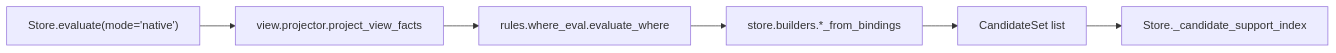
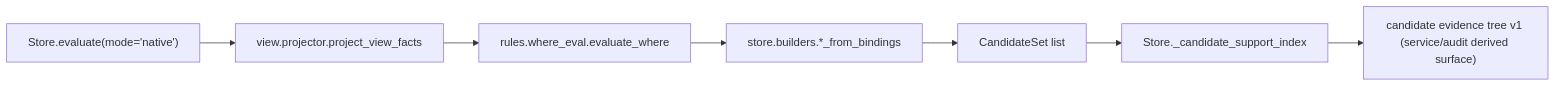
Before and after one commit to Symbolic-Intelligence-Org/factgraph: the second of 4 diagrams in src/factpy_kernel/core/docs/01_architecture.md, drawn with Mermaid. The commit also changed other lines of this file and 17 other files, not shown here.

First line of the commit message:
Add native candidate evidence tree v1

````diff
--- a/src/factpy_kernel/core/docs/01_architecture.md
+++ b/src/factpy_kernel/core/docs/01_architecture.md
@@ -115,8 +120,9 @@
 ```mermaid
 flowchart LR
   A["Store.evaluate(mode='native')"] --> B["view.projector.project_view_facts"]
   B --> C["rules.where_eval.evaluate_where"]
   C --> D["store.builders.*_from_bindings"]
   D --> E["CandidateSet list"]
   E --> F["Store._candidate_support_index"]
+  F --> G["candidate evidence tree v1 (service/audit derived surface)"]
 ```
````
